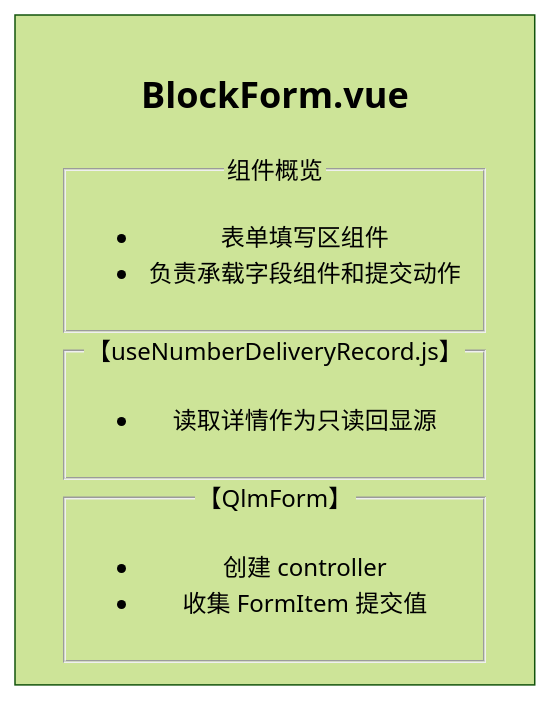
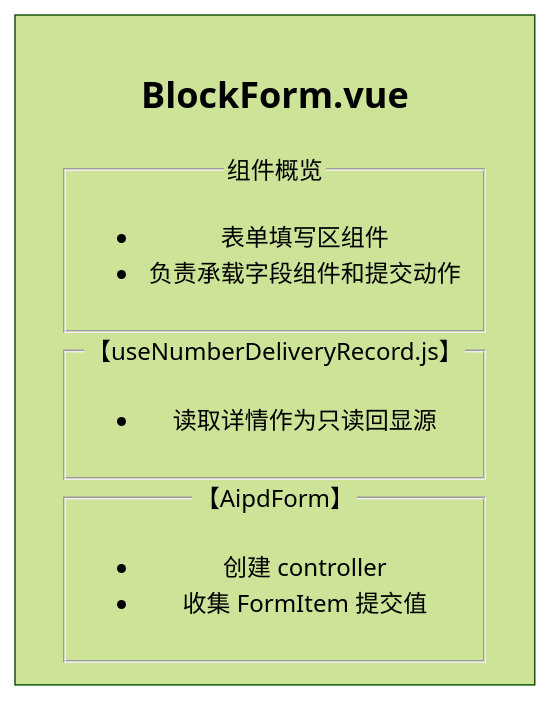
One commit to KarnaughK/AIPD changed the first of 9 diagrams in aipd-skill/src/core/L5-dev/vue-architecture-diagram-guide.md. Above: the diagram before and after it, drawn with Mermaid (forest theme). The commit also changed other lines of this file and 63 other files, not shown here.

````diff
--- a/aipd-skill/src/core/L5-dev/vue-architecture-diagram-guide.md
+++ b/aipd-skill/src/core/L5-dev/vue-architecture-diagram-guide.md
@@ -80,4 +80,4 @@
 ```mermaid
 flowchart TD
-    vue_BlockForm["<h2>BlockForm.vue</h2><fieldset><legend>组件概览</legend><ul><li>表单填写区组件</li><li>负责承载字段组件和提交动作</li></ul></fieldset><fieldset><legend>【useNumberDeliveryRecord.js】</legend><ul><li>读取详情作为只读回显源</li></ul></fieldset><fieldset><legend>【QlmForm】</legend><ul><li>创建 controller</li><li>收集 FormItem 提交值</li></ul></fieldset>"]
+    vue_BlockForm["<h2>BlockForm.vue</h2><fieldset><legend>组件概览</legend><ul><li>表单填写区组件</li><li>负责承载字段组件和提交动作</li></ul></fieldset><fieldset><legend>【useNumberDeliveryRecord.js】</legend><ul><li>读取详情作为只读回显源</li></ul></fieldset><fieldset><legend>【AipdForm】</legend><ul><li>创建 controller</li><li>收集 FormItem 提交值</li></ul></fieldset>"]
 ```
````
